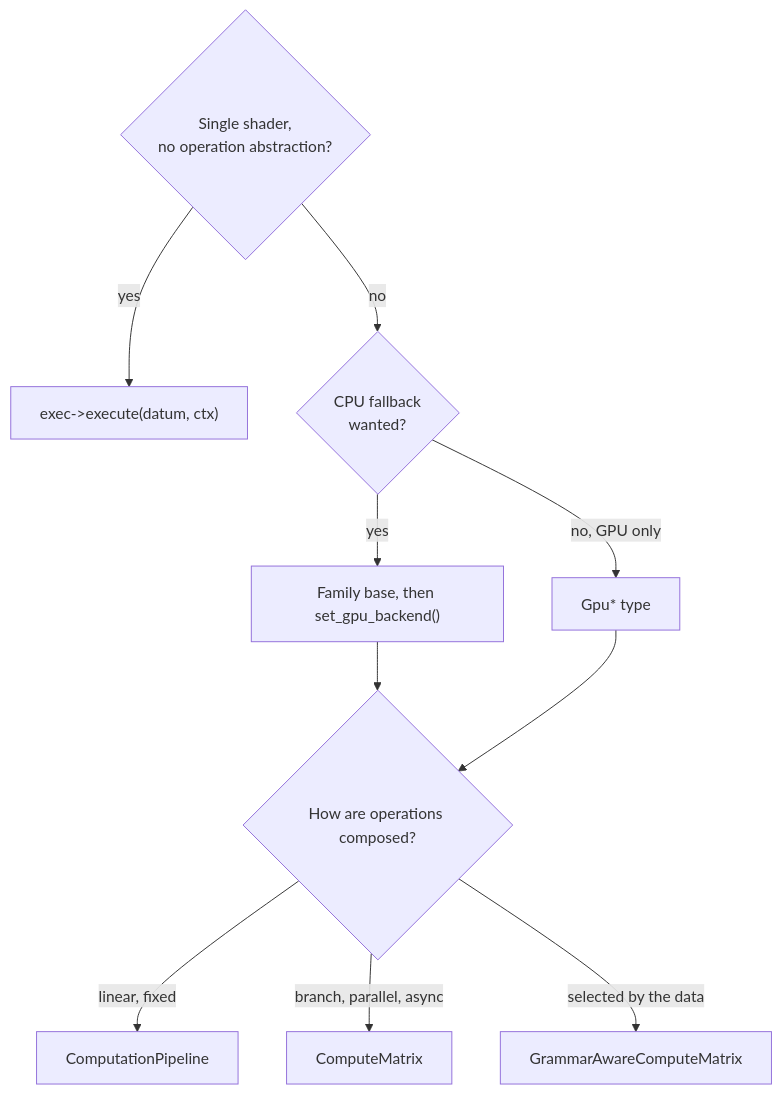
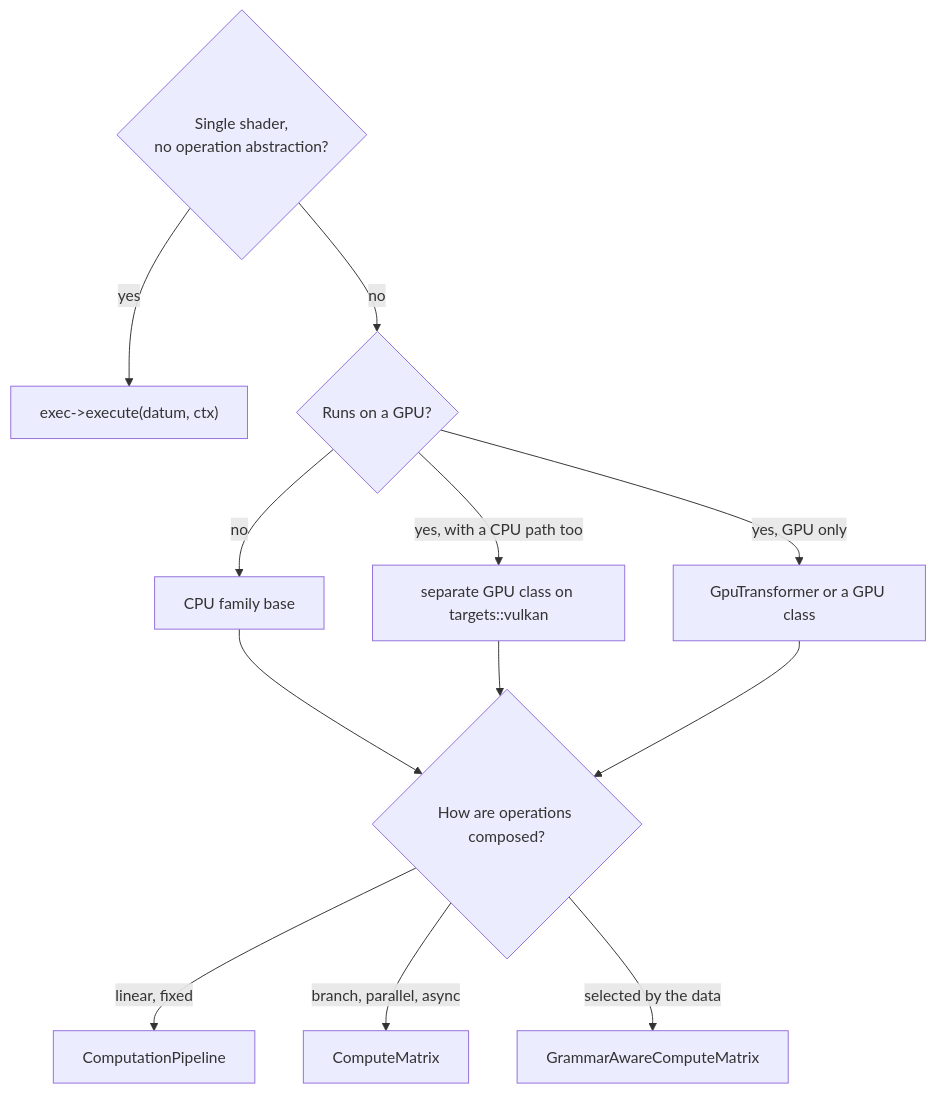
Before and after one commit to MayaFlux/MayaFlux: diagram 13 of 14 in docs/GPGPU-Guide.md, drawn with Mermaid. The commit also changed other lines of this file and 3 other files, not shown here.

````diff
--- a/docs/GPGPU-Guide.md
+++ b/docs/GPGPU-Guide.md
@@ -989,13 +1095,15 @@
 ```mermaid
 flowchart TD
     S{"Single shader,<br/>no operation abstraction?"}
     S -- yes --> E["exec->execute(datum, ctx)"]
-    S -- no --> O{"CPU fallback<br/>wanted?"}
-    O -- yes --> U["Family base, then set_gpu_backend()"]
-    O -- "no, GPU only" --> GO["Gpu* type"]
+    S -- no --> O{"Runs on a GPU?"}
+    O -- "no" --> U["CPU family base"]
+    O -- "yes, with a CPU path too" --> UG["separate GPU class on targets::vulkan"]
+    O -- "yes, GPU only" --> GO["GpuTransformer or a GPU class"]
     U --> ORC{"How are operations composed?"}
+    UG --> ORC
     GO --> ORC
     ORC -- "linear, fixed" --> CP["ComputationPipeline"]
     ORC -- "branch, parallel, async" --> CM["ComputeMatrix"]
     ORC -- "selected by the data" --> GM["GrammarAwareComputeMatrix"]
 ```
````
